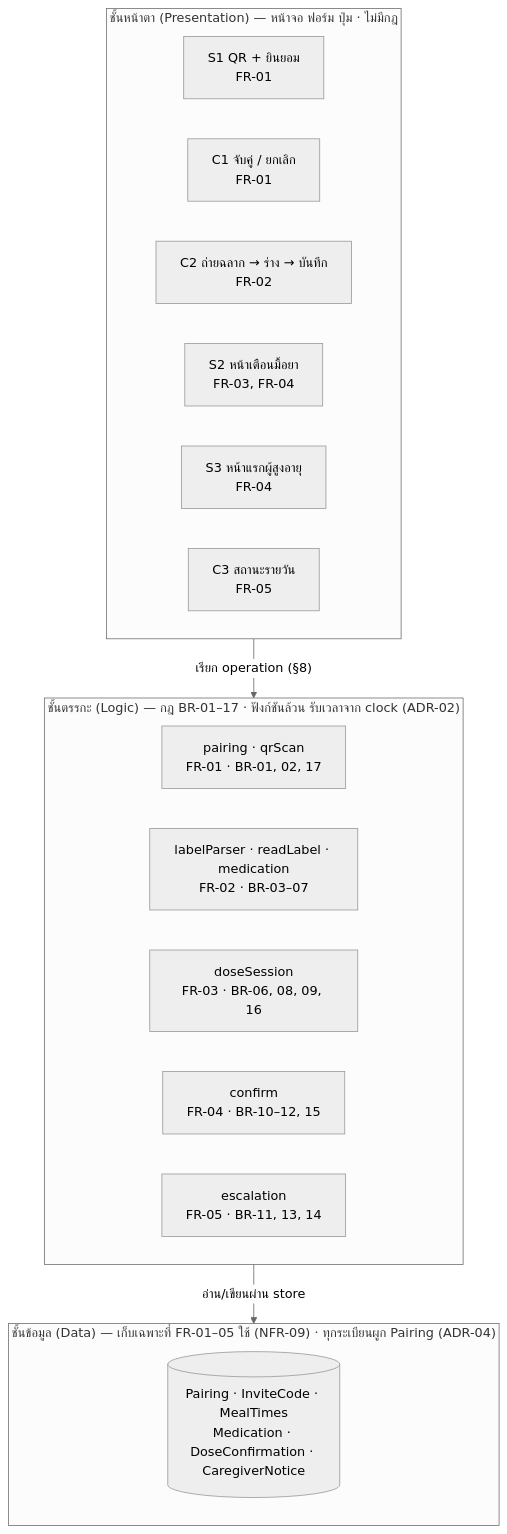
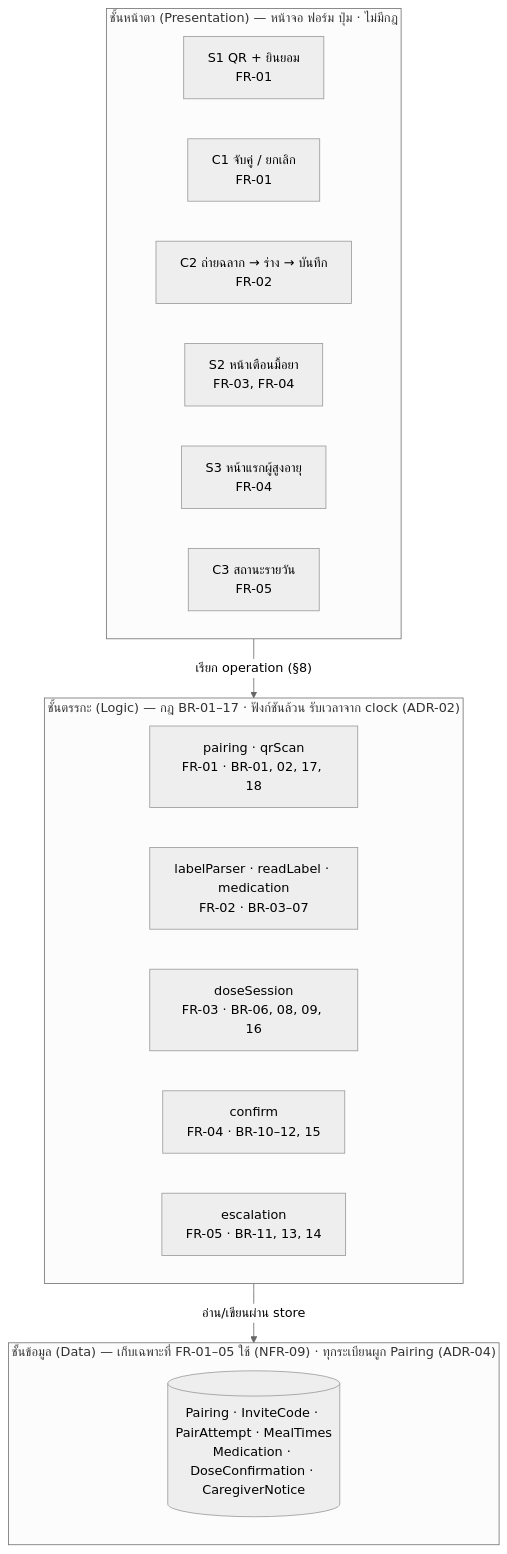
The first of 8 diagrams in docs/03-design/architecture.md (yaroo393-png/MedMind_webapp), drawn with Mermaid (neutral theme) before and after one commit. The commit also changed other lines of this file and 4 other files, not shown here.

Commit message:
Spec 001-pairing + clarify: BR-18 lockout, new invite voids old (BR-01), reject order (FR-01)

````diff
--- a/docs/03-design/architecture.md
+++ b/docs/03-design/architecture.md
@@ -17,26 +17,26 @@
 ```mermaid
 flowchart TB
     subgraph P["ชั้นหน้าตา (Presentation) — หน้าจอ ฟอร์ม ปุ่ม · ไม่มีกฎ"]
         direction LR
         S1["S1 QR + ยินยอม<br/>FR-01"]
         C1["C1 จับคู่ / ยกเลิก<br/>FR-01"]
         C2["C2 ถ่ายฉลาก → ร่าง → บันทึก<br/>FR-02"]
         S2["S2 หน้าเตือนมื้อยา<br/>FR-03, FR-04"]
         S3["S3 หน้าแรกผู้สูงอายุ<br/>FR-04"]
         C3["C3 สถานะรายวัน<br/>FR-05"]
     end
     subgraph L["ชั้นตรรกะ (Logic) — กฎ BR-01–17 · ฟังก์ชันล้วน รับเวลาจาก clock (ADR-02)"]
         direction LR
-        PA["pairing · qrScan<br/>FR-01 · BR-01, 02, 17"]
+        PA["pairing · qrScan<br/>FR-01 · BR-01, 02, 17, 18"]
         ME["labelParser · readLabel · medication<br/>FR-02 · BR-03–07"]
         DS["doseSession<br/>FR-03 · BR-06, 08, 09, 16"]
         CF["confirm<br/>FR-04 · BR-10–12, 15"]
         ES["escalation<br/>FR-05 · BR-11, 13, 14"]
     end
     subgraph D["ชั้นข้อมูล (Data) — เก็บเฉพาะที่ FR-01–05 ใช้ (NFR-09) · ทุกระเบียนผูก Pairing (ADR-04)"]
         direction LR
-        STORE[("Pairing · InviteCode · MealTimes<br/>Medication · DoseConfirmation · CaregiverNotice")]
+        STORE[("Pairing · InviteCode · PairAttempt · MealTimes<br/>Medication · DoseConfirmation · CaregiverNotice")]
     end
     P -- "เรียก operation (§8)" --> L
     L -- "อ่าน/เขียนผ่าน store" --> D
 ```
````
